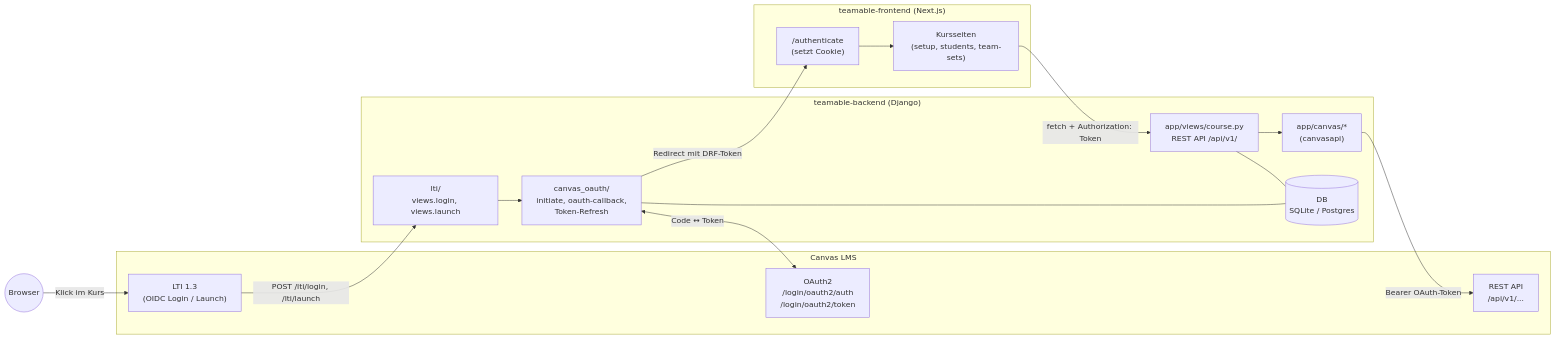
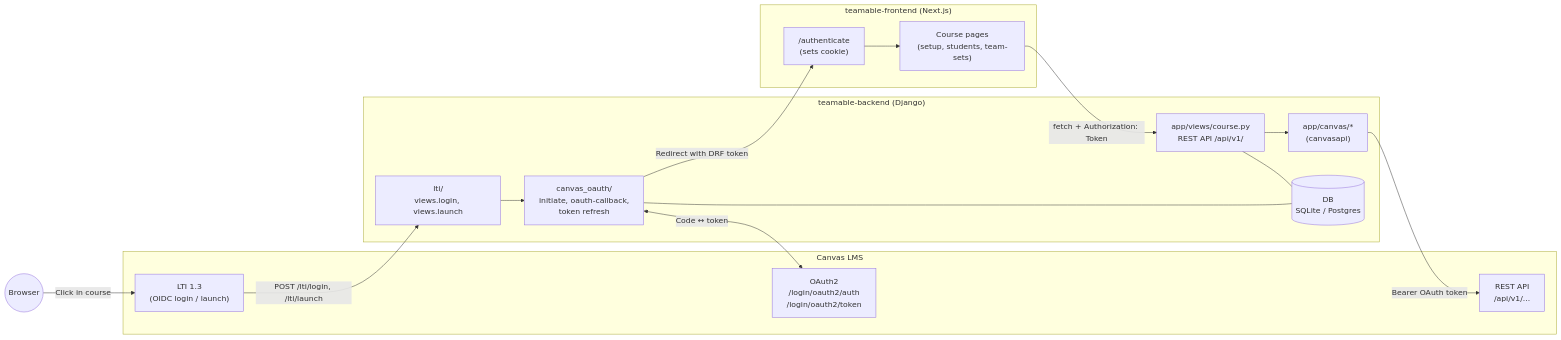
Before and after one commit to Teamprojekt-MSI-BIT-SS26/documentation: the first of 3 diagrams in docs/current-state/backend-lms-integration.md, drawn with Mermaid. The commit also changed other lines of this file and 1 other file, not shown here.

````diff
--- a/docs/current-state/backend-lms-integration.md
+++ b/docs/current-state/backend-lms-integration.md
@@ -35,33 +35,33 @@
 ```mermaid
 flowchart LR
     subgraph LMS["Canvas LMS"]
-        LTI["LTI 1.3<br/>(OIDC Login / Launch)"]
+        LTI["LTI 1.3<br/>(OIDC login / launch)"]
         OAUTH["OAuth2<br/>/login/oauth2/auth<br/>/login/oauth2/token"]
         REST["REST API<br/>/api/v1/..."]
     end
 
     subgraph BE["teamable-backend (Django)"]
         LTIAPP["lti/<br/>views.login, views.launch"]
-        OAUTHAPP["canvas_oauth/<br/>initiate, oauth-callback,<br/>Token-Refresh"]
+        OAUTHAPP["canvas_oauth/<br/>initiate, oauth-callback,<br/>token refresh"]
         CANVAS["app/canvas/*<br/>(canvasapi)"]
         API["app/views/course.py<br/>REST API /api/v1/"]
         DB[("DB<br/>SQLite / Postgres")]
     end
 
     subgraph FE["teamable-frontend (Next.js)"]
-        AUTH["/authenticate<br/>(setzt Cookie)"]
-        UI["Kursseiten<br/>(setup, students, team-sets)"]
+        AUTH["/authenticate<br/>(sets cookie)"]
+        UI["Course pages<br/>(setup, students, team-sets)"]
     end
 
-    Browser((Browser)) -->|Klick im Kurs| LTI
+    Browser((Browser)) -->|Click in course| LTI
     LTI -->|POST /lti/login, /lti/launch| LTIAPP
     LTIAPP --> OAUTHAPP
-    OAUTHAPP <-->|Code ↔ Token| OAUTH
-    OAUTHAPP -->|Redirect mit DRF-Token| AUTH
+    OAUTHAPP <-->|Code ↔ token| OAUTH
+    OAUTHAPP -->|Redirect with DRF token| AUTH
     AUTH --> UI
     UI -->|fetch + Authorization: Token| API
     API --> CANVAS
-    CANVAS -->|Bearer OAuth-Token| REST
+    CANVAS -->|Bearer OAuth token| REST
     API --- DB
     OAUTHAPP --- DB
 ```
````
